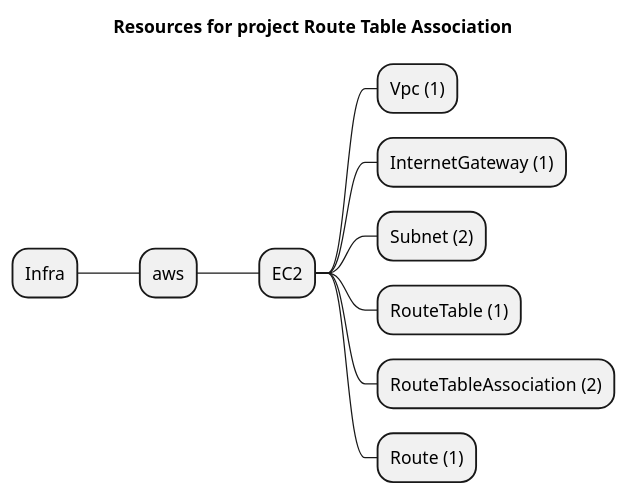
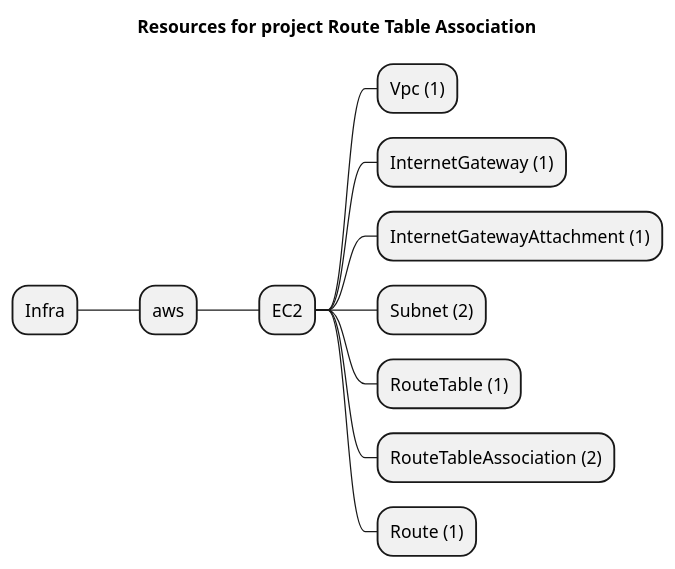
One commit to grucloud/grucloud changed the diagram in examples/aws/EC2/route-table-association/artifacts/resources-mindmap.puml. Above: the diagram before and after it, drawn with PlantUML. The commit also changed 262 other files, not shown here.

```diff
--- a/examples/aws/EC2/route-table-association/artifacts/resources-mindmap.puml
+++ b/examples/aws/EC2/route-table-association/artifacts/resources-mindmap.puml
@@ -1,13 +1,14 @@
 @startmindmap
 title Resources for project Route Table Association
 skinparam monochrome true
 + Infra
 ++ aws
 +++ EC2
 ++++ Vpc (1)
 ++++ InternetGateway (1)
+++++ InternetGatewayAttachment (1)
 ++++ Subnet (2)
 ++++ RouteTable (1)
 ++++ RouteTableAssociation (2)
 ++++ Route (1)
 @endmindmap
```
